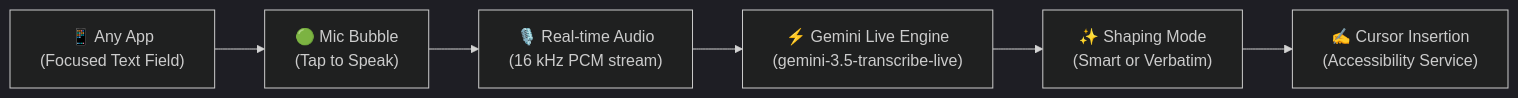
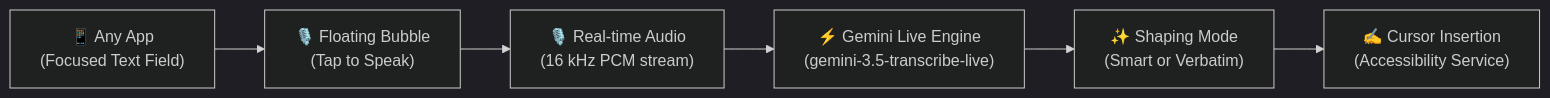
The first of 2 diagrams in README.md (chaosmanage/WhisperType-Android), drawn with Mermaid (dark theme) before and after one commit. The commit also changed other lines of this file and 2 other files, not shown here.

````diff
--- a/README.md
+++ b/README.md
@@ -39,8 +39,8 @@
 ```mermaid
 flowchart LR
-    A["📱 Any App<br/>(Focused Text Field)"] --> B["🟢 Mic Bubble<br/>(Tap to Speak)"]
+    A["📱 Any App<br/>(Focused Text Field)"] --> B["🎙️ Floating Bubble<br/>(Tap to Speak)"]
     B --> C["🎙️ Real-time Audio<br/>(16 kHz PCM stream)"]
     C --> D["⚡ Gemini Live Engine<br/>(gemini-3.5-transcribe-live)"]
     D --> E["✨ Shaping Mode<br/>(Smart or Verbatim)"]
     E --> F["✍️ Cursor Insertion<br/>(Accessibility Service)"]
 ```
````
